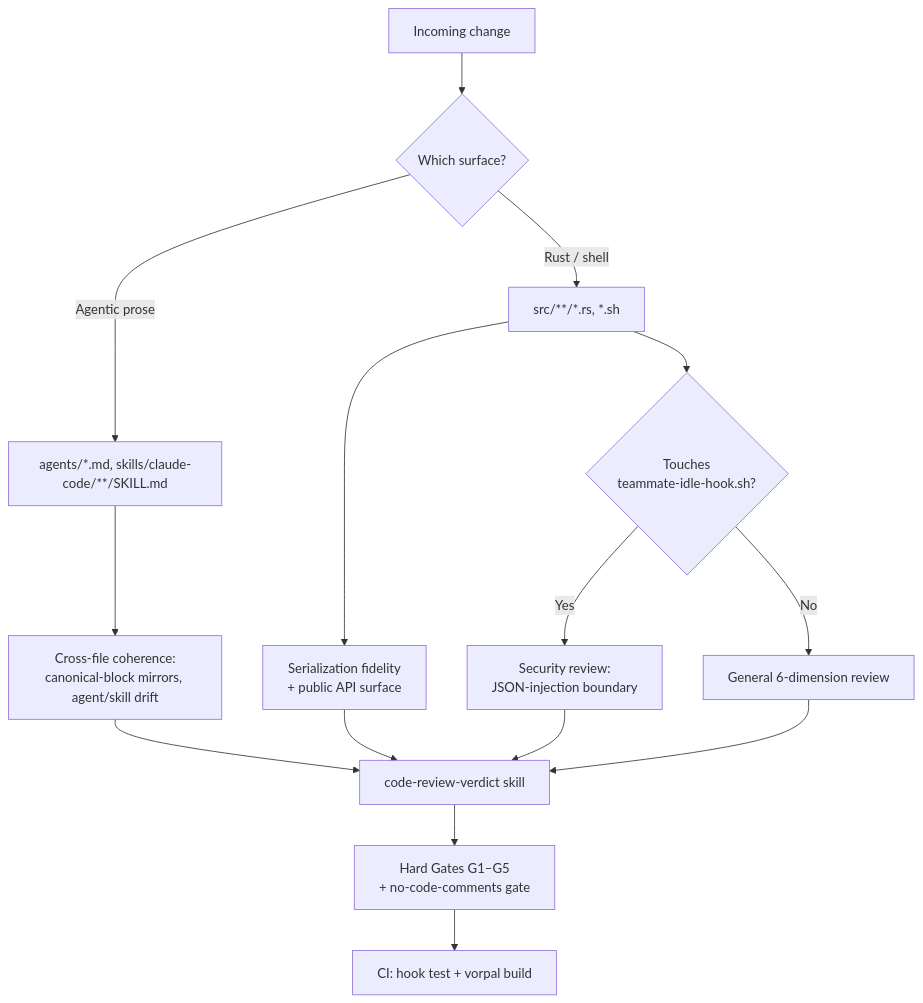
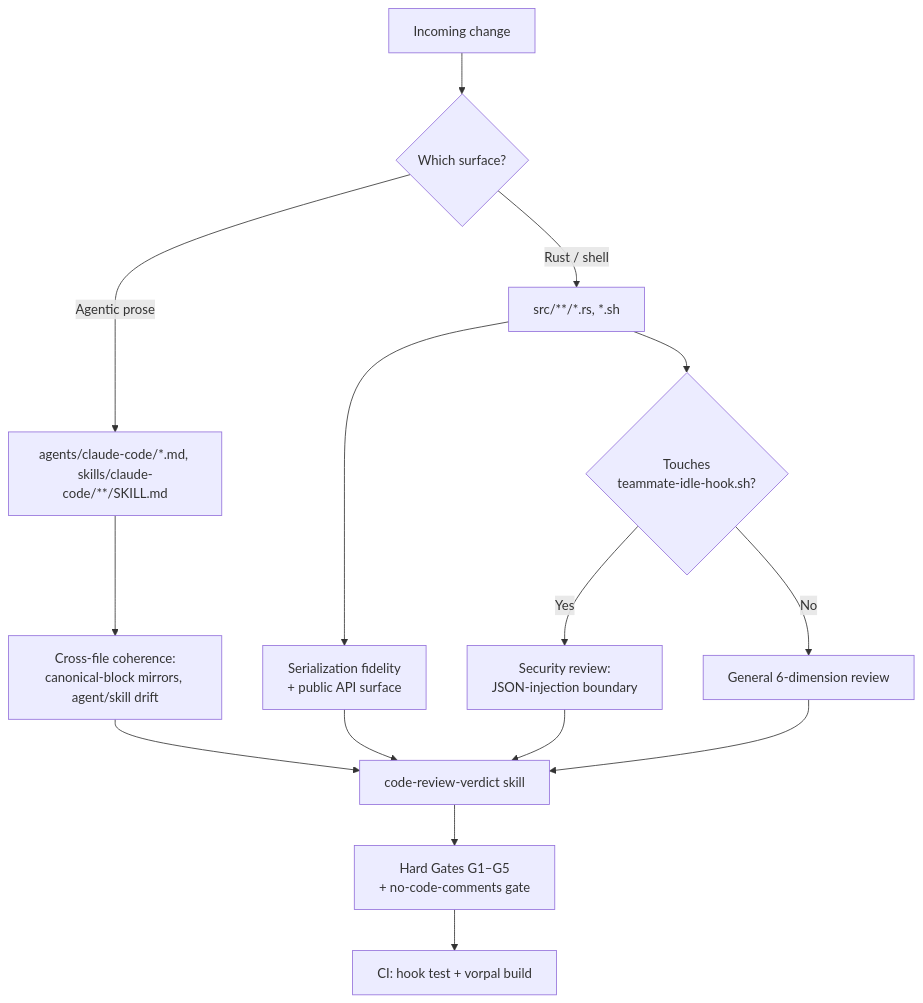
Before and after one commit to ALT-F4-LLC/dotfiles.vorpal: the diagram in docs/spec/review-strategy.md, drawn with Mermaid. The commit also changed other lines of this file and 29 other files, not shown here.

Commit message:
Move Claude Code agents under scoped directory

````diff
--- a/docs/spec/review-strategy.md
+++ b/docs/spec/review-strategy.md
@@ -26,19 +26,19 @@
 ```mermaid
 flowchart TD
     Change[Incoming change] --> Triage{Which surface?}
-    Triage -->|Agentic prose| Prose[agents/*.md, skills/claude-code/**/SKILL.md]
+    Triage -->|Agentic prose| Prose[agents/claude-code/*.md, skills/claude-code/**/SKILL.md]
     Triage -->|Rust / shell| Code[src/**/*.rs, *.sh]
 
     Prose --> Coherence[Cross-file coherence:\ncanonical-block mirrors, agent/skill drift]
     Code --> Serde[Serialization fidelity\n+ public API surface]
     Code --> Hook{Touches\nteammate-idle-hook.sh?}
     Hook -->|Yes| Sec[Security review:\nJSON-injection boundary]
     Hook -->|No| Gen[General 6-dimension review]
 
     Coherence --> Verdict[code-review-verdict skill]
     Serde --> Verdict
     Sec --> Verdict
     Gen --> Verdict
     Verdict --> Gates[Hard Gates G1–G5\n+ no-code-comments gate]
     Gates --> CI[CI: hook test + vorpal build]
 ```
````
